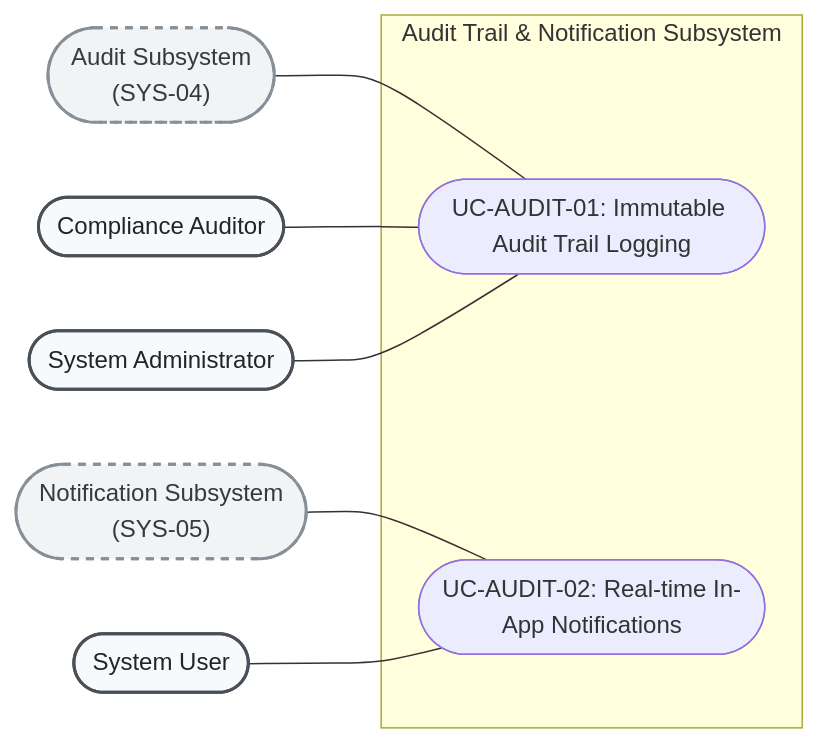
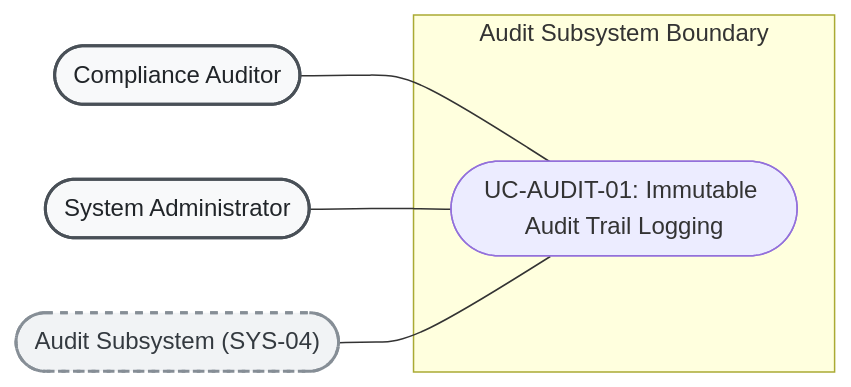
One commit to DamPhuQuy/Document-Knowledge-Operations-Platform changed the fifth of 5 diagrams in docs/specs/business/03_use_case_architecture.md. Above: the diagram before and after it, drawn with Mermaid. The commit also changed other lines of this file and 68 other files, not shown here.

Commit message:
refactor(iam): streamline clean architecture domain models and remove redundant ports

````diff
--- a/docs/specs/business/03_use_case_architecture.md
+++ b/docs/specs/business/03_use_case_architecture.md
@@ -480,25 +250,22 @@
 ```mermaid
 flowchart LR
-    %% Actors
+    %% Primary Actors
     Auditor(["Compliance Auditor"]):::actor
     Admin(["System Administrator"]):::actor
-    User(["System User"]):::actor
-    AuditSub(["Audit Subsystem\n(SYS-04)"]):::sysactor
-    NotifSub(["Notification Subsystem\n(SYS-05)"]):::sysactor
+
+    %% Secondary System Actors
+    AuditSub(["Audit Subsystem (SYS-04)"]):::sysactor
 
     %% System Boundary
-    subgraph BC_AUDIT ["Audit Trail & Notification Subsystem"]
+    subgraph BC_AUDIT ["Audit Subsystem Boundary"]
         UC_AUDIT_01(["UC-AUDIT-01: Immutable Audit Trail Logging"])
-        UC_AUDIT_02(["UC-AUDIT-02: Real-time In-App Notifications"])
     end
 
     %% Actor Associations
-    AuditSub --- UC_AUDIT_01
     Auditor --- UC_AUDIT_01
     Admin --- UC_AUDIT_01
-    NotifSub --- UC_AUDIT_02
-    User --- UC_AUDIT_02
+    AuditSub --- UC_AUDIT_01
 
     classDef actor fill:#f8f9fa,stroke:#495057,stroke-width:2px,color:#212529;
     classDef sysactor fill:#f1f3f5,stroke:#868e96,stroke-width:2px,stroke-dasharray: 5 5,color:#343a40;
 ```
````
